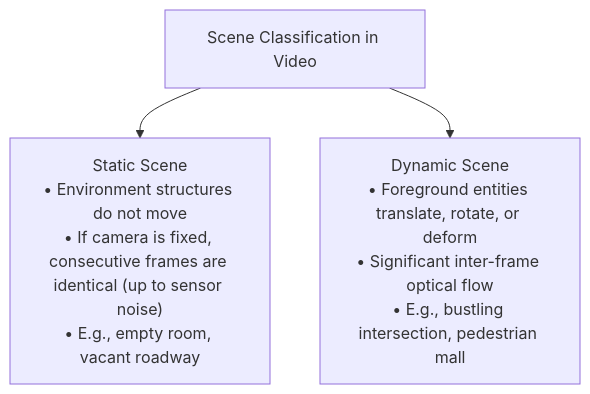
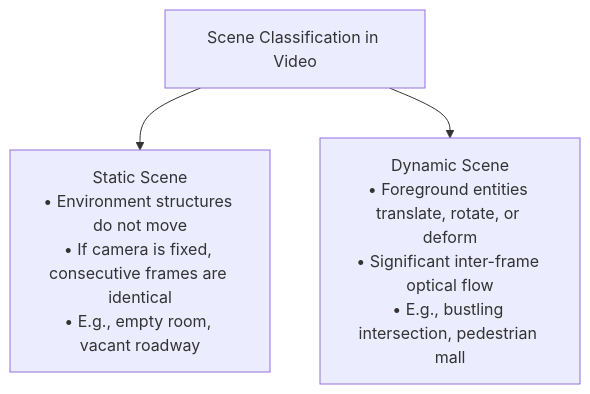
The seventh of 10 diagrams in Module_3_Basics_of_Video_Processing/Chapter_9_Motion_Shape_and_Scene_Modeling/README.md (Anubhab912/Speech-and-Video-Processing), drawn with Mermaid before and after one commit. The commit also changed other lines of this file and 1 other file, not shown here.

Commit message:
fix(ch9,ch7): fix Mermaid syntax error in coordinate systems flowchart and standardize diagram labels

````diff
--- a/Module_3_Basics_of_Video_Processing/Chapter_9_Motion_Shape_and_Scene_Modeling/README.md
+++ b/Module_3_Basics_of_Video_Processing/Chapter_9_Motion_Shape_and_Scene_Modeling/README.md
@@ -232,12 +224,6 @@
 ```mermaid
 flowchart TD
     SC["Scene Classification in Video"]
-    SC --> SS["Static Scene
-• Environment structures do not move
-• If camera is fixed, consecutive frames are identical (up to sensor noise)
-• E.g., empty room, vacant roadway"]
-    SC --> DS["Dynamic Scene
-• Foreground entities translate, rotate, or deform
-• Significant inter-frame optical flow
-• E.g., bustling intersection, pedestrian mall"]
+    SC --> SS["Static Scene<br>• Environment structures do not move<br>• If camera is fixed, consecutive frames are identical<br>• E.g., empty room, vacant roadway"]
+    SC --> DS["Dynamic Scene<br>• Foreground entities translate, rotate, or deform<br>• Significant inter-frame optical flow<br>• E.g., bustling intersection, pedestrian mall"]
 ```
````
